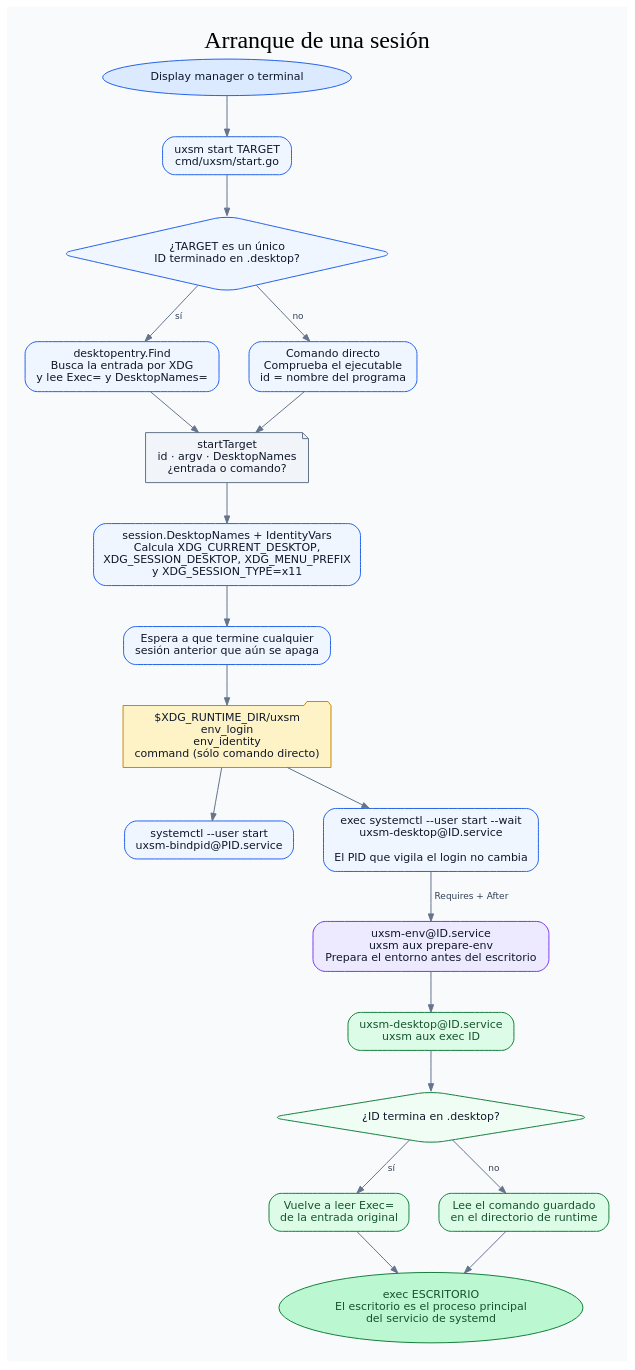
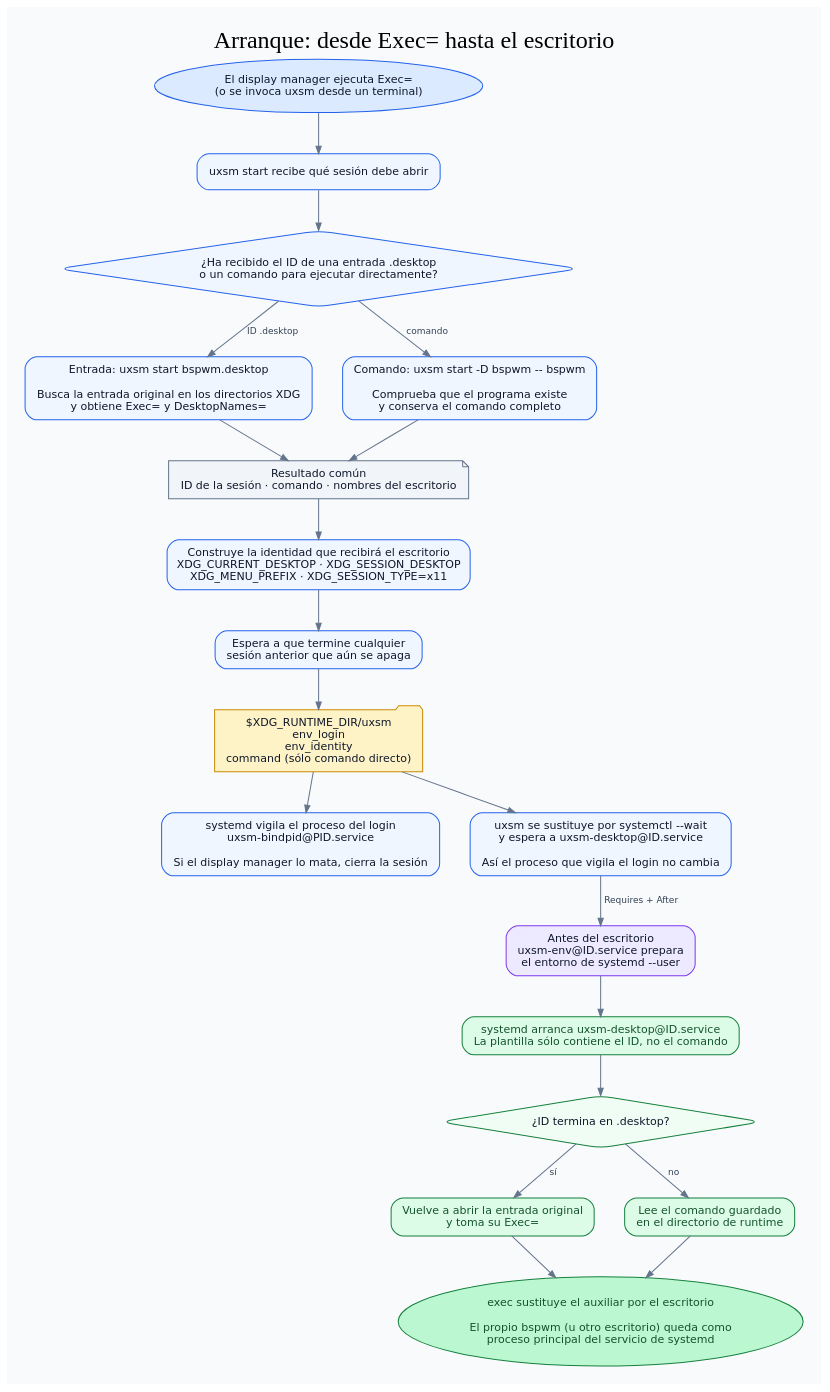
The diagram in docs/flows/session-start.dot (heizeisaburou/uxsm), drawn with Graphviz before and after one commit. The commit also changed 10 other files, not shown here.

First line of the commit message:
Reescribe la documentación de arquitectura y sus diagramas

```diff
--- a/docs/flows/session-start.dot
+++ b/docs/flows/session-start.dot
@@ -1,66 +1,67 @@
 digraph session_start {
   graph [
-    label="Arranque de una sesión",
+    label="Arranque: desde Exec= hasta el escritorio",
     labelloc=t,
     fontsize=24,
     fontname="DejaVu Sans Bold",
     bgcolor="#f8fafc",
     pad=0.25,
     nodesep=0.42,
     ranksep=0.55,
     splines=polyline
   ];
   node [shape=box, style="rounded,filled", fontname="DejaVu Sans", fontsize=11,
         color="#2563eb", fillcolor="#eff6ff", fontcolor="#0f172a", margin="0.15,0.10"];
   edge [fontname="DejaVu Sans", fontsize=9, color="#64748b", fontcolor="#334155", arrowsize=0.75];
 
-  caller [shape=oval, fillcolor="#dbeafe", label="Display manager o terminal"];
-  start [label="uxsm start TARGET\ncmd/uxsm/start.go"];
-  kind [shape=diamond, label="¿TARGET es un único\nID terminado en .desktop?"];
+  caller [shape=oval, fillcolor="#dbeafe",
+          label="El display manager ejecuta Exec=\n(o se invoca uxsm desde un terminal)"];
+  start [label="uxsm start recibe qué sesión debe abrir"];
+  kind [shape=diamond, label="¿Ha recibido el ID de una entrada .desktop\no un comando para ejecutar directamente?"];
 
-  entry [label="desktopentry.Find\nBusca la entrada por XDG\ny lee Exec= y DesktopNames="];
-  command [label="Comando directo\nComprueba el ejecutable\nid = nombre del programa"];
+  entry [label="Entrada: uxsm start bspwm.desktop\n\nBusca la entrada original en los directorios XDG\ny obtiene Exec= y DesktopNames="];
+  command [label="Comando: uxsm start -D bspwm -- bspwm\n\nComprueba que el programa existe\ny conserva el comando completo"];
   resolved [shape=note, color="#64748b", fillcolor="#f1f5f9",
-            label="startTarget\nid · argv · DesktopNames\n¿entrada o comando?"];
+            label="Resultado común\nID de la sesión · comando · nombres del escritorio"];
 
-  identity [label="session.DesktopNames + IdentityVars\nCalcula XDG_CURRENT_DESKTOP,\nXDG_SESSION_DESKTOP, XDG_MENU_PREFIX\ny XDG_SESSION_TYPE=x11"];
+  identity [label="Construye la identidad que recibirá el escritorio\nXDG_CURRENT_DESKTOP · XDG_SESSION_DESKTOP\nXDG_MENU_PREFIX · XDG_SESSION_TYPE=x11"];
   wait [label="Espera a que termine cualquier\nsesión anterior que aún se apaga"];
   files [shape=folder, fillcolor="#fef3c7", color="#ca8a04",
          label="$XDG_RUNTIME_DIR/uxsm\nenv_login\nenv_identity\ncommand (sólo comando directo)"];
 
-  bind [label="systemctl --user start\nuxsm-bindpid@PID.service"];
-  replace [label="exec systemctl --user start --wait\nuxsm-desktop@ID.service\n\nEl PID que vigila el login no cambia"];
+  bind [label="systemd vigila el proceso del login\nuxsm-bindpid@PID.service\n\nSi el display manager lo mata, cierra la sesión"];
+  replace [label="uxsm se sustituye por systemctl --wait\ny espera a uxsm-desktop@ID.service\n\nAsí el proceso que vigila el login no cambia"];
 
   env [fillcolor="#ede9fe", color="#7c3aed",
-       label="uxsm-env@ID.service\nuxsm aux prepare-env\nPrepara el entorno antes del escritorio"];
+       label="Antes del escritorio\nuxsm-env@ID.service prepara\nel entorno de systemd --user"];
   aux [fillcolor="#dcfce7", color="#15803d", fontcolor="#14532d",
-       label="uxsm-desktop@ID.service\nuxsm aux exec ID"];
+       label="systemd arranca uxsm-desktop@ID.service\nLa plantilla sólo contiene el ID, no el comando"];
   source [shape=diamond, fillcolor="#f0fdf4", color="#15803d",
           label="¿ID termina en .desktop?"];
   reread [fillcolor="#dcfce7", color="#15803d", fontcolor="#14532d",
-          label="Vuelve a leer Exec=\nde la entrada original"];
+          label="Vuelve a abrir la entrada original\ny toma su Exec="];
   saved [fillcolor="#dcfce7", color="#15803d", fontcolor="#14532d",
          label="Lee el comando guardado\nen el directorio de runtime"];
   desktop [shape=oval, fillcolor="#bbf7d0", color="#15803d", fontcolor="#14532d",
-           label="exec ESCRITORIO\nEl escritorio es el proceso principal\ndel servicio de systemd"];
+           label="exec sustituye el auxiliar por el escritorio\n\nEl propio bspwm (u otro escritorio) queda como\nproceso principal del servicio de systemd"];
 
   caller -> start -> kind;
-  kind -> entry [label=" sí "];
-  kind -> command [label=" no "];
+  kind -> entry [label=" ID .desktop "];
+  kind -> command [label=" comando "];
   entry -> resolved;
   command -> resolved;
   resolved -> identity -> wait -> files;
   files -> bind;
   files -> replace;
   replace -> env [label=" Requires + After "];
   env -> aux;
   aux -> source;
   source -> reread [label=" sí "];
   source -> saved [label=" no "];
   reread -> desktop;
   saved -> desktop;
 
   {rank=same; entry; command}
   {rank=same; bind; replace}
   {rank=same; reread; saved}
 }
```
